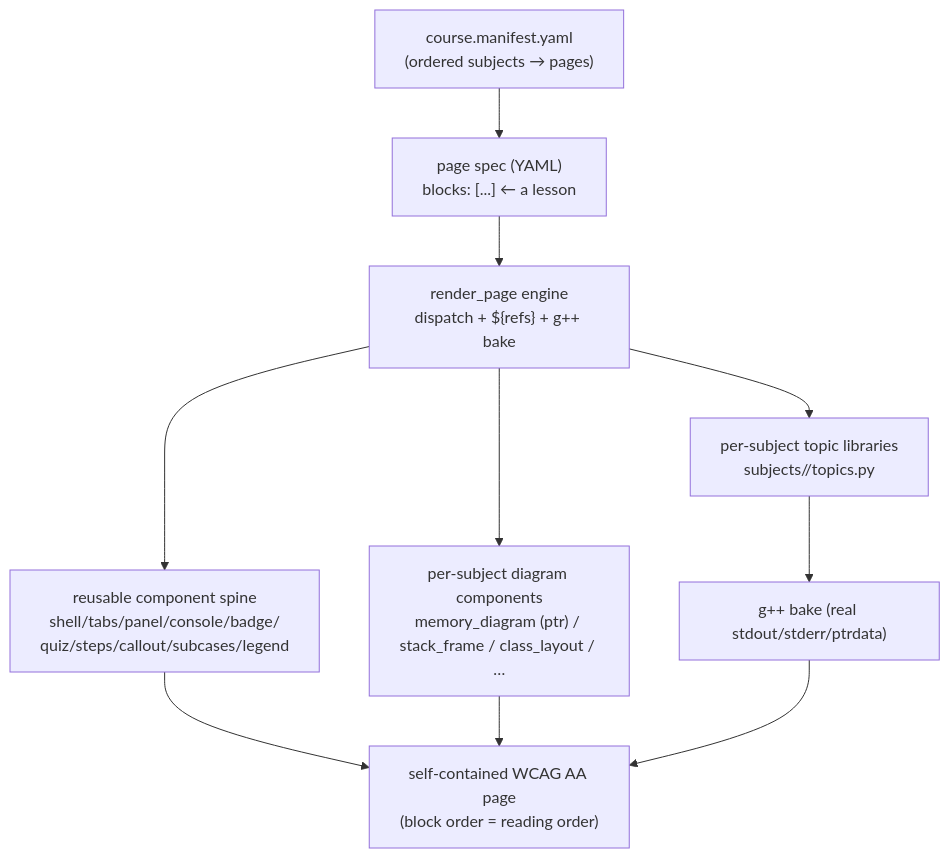
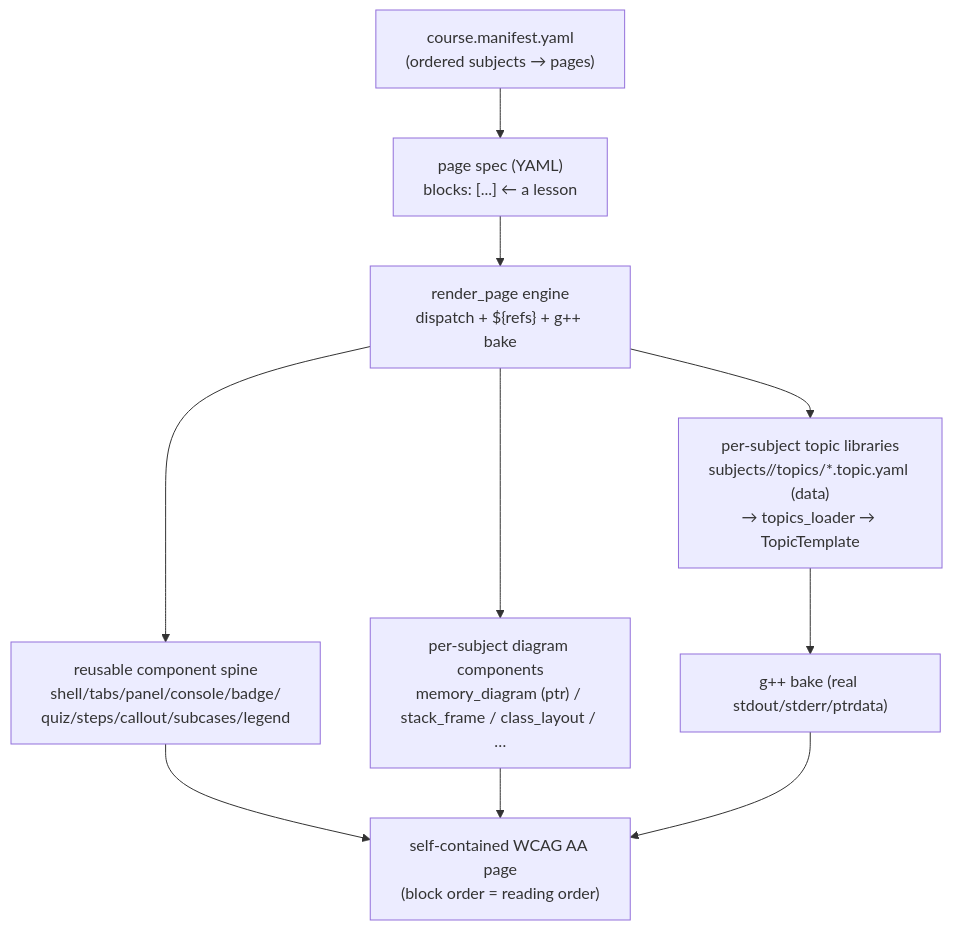
One commit to erlebach/C-interactive-labs changed the diagram in COURSE_VIA_TOPICS.md. Above: the diagram before and after it, drawn with Mermaid. The commit also changed other lines of this file, not shown here.

First line of the commit message:
docs(course): reflect pointer topic source moving to YAML

````diff
--- a/COURSE_VIA_TOPICS.md
+++ b/COURSE_VIA_TOPICS.md
@@ -39,12 +51,12 @@
 ```mermaid
 flowchart TD
   manifest["course.manifest.yaml\n(ordered subjects → pages)"] --> page["page spec (YAML)\nblocks: [...]  ← a lesson"]
   page --> engine["render_page engine\ndispatch + ${refs} + g++ bake"]
   engine --> spine["reusable component spine\nshell/tabs/panel/console/badge/\nquiz/steps/callout/subcases/legend"]
   engine --> diagrams["per-subject diagram components\nmemory_diagram (ptr) / stack_frame / class_layout / …"]
-  engine --> topics["per-subject topic libraries\nsubjects/<area>/topics.py"]
+  engine --> topics["per-subject topic libraries\nsubjects/<area>/topics/*.topic.yaml (data)\n→ topics_loader → TopicTemplate"]
   topics --> bake["g++ bake (real stdout/stderr/ptrdata)"]
   spine --> html["self-contained WCAG AA page\n(block order = reading order)"]
   diagrams --> html
   bake --> html
 ```
````
